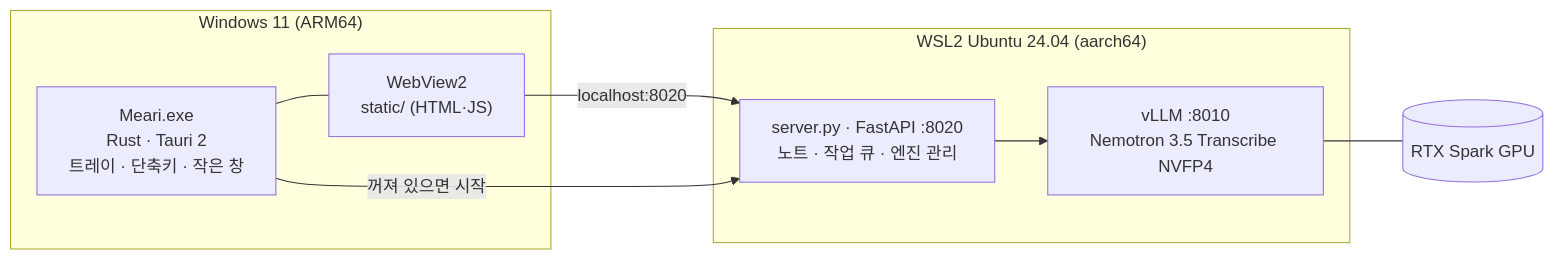
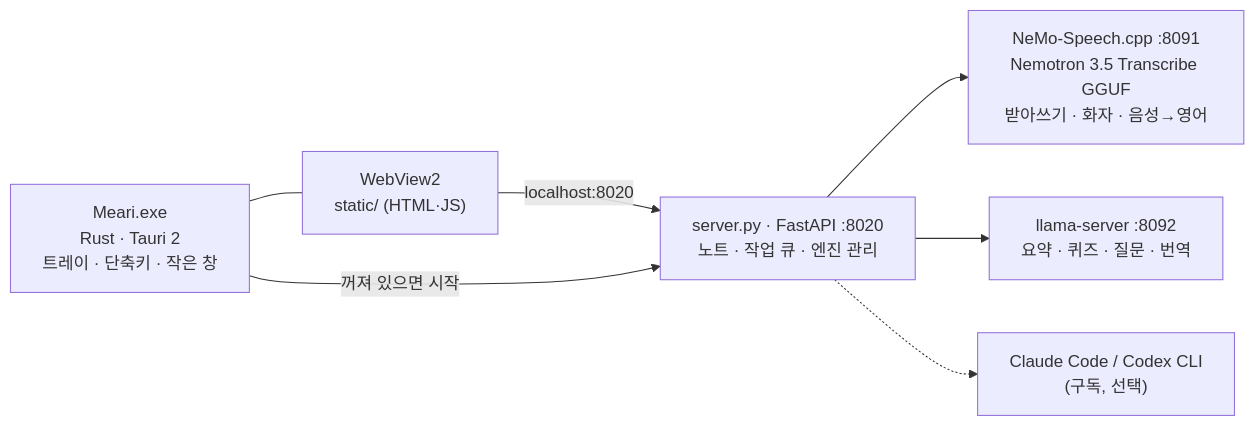
Before and after one commit to ajh1004ajh00/meari: the diagram in README.md, drawn with Mermaid. The commit also changed other lines of this file and 14 other files, not shown here.

First line of the commit message:
Run natively on Windows (no WSL); choose the summary engine

````diff
--- a/README.md
+++ b/README.md
@@ -88,16 +91,15 @@
 ```mermaid
 flowchart LR
-  subgraph Windows["Windows 11 (ARM64)"]
-    APP["Meari.exe<br/>Rust · Tauri 2<br/>트레이 · 단축키 · 작은 창"]
-    WV["WebView2<br/>static/ (HTML·JS)"]
-    APP --- WV
-  end
-  subgraph WSL["WSL2 Ubuntu 24.04 (aarch64)"]
-    SRV["server.py · FastAPI :8020<br/>노트 · 작업 큐 · 엔진 관리"]
-    ENG["vLLM :8010<br/>Nemotron 3.5 Transcribe NVFP4"]
-    SRV --> ENG
-  end
+  APP["Meari.exe<br/>Rust · Tauri 2<br/>트레이 · 단축키 · 작은 창"]
+  WV["WebView2<br/>static/ (HTML·JS)"]
+  SRV["server.py · FastAPI :8020<br/>노트 · 작업 큐 · 엔진 관리"]
+  ASR["NeMo-Speech.cpp :8091<br/>Nemotron 3.5 Transcribe GGUF<br/>받아쓰기 · 화자 · 음성→영어"]
+  LLM["llama-server :8092<br/>요약 · 퀴즈 · 질문 · 번역"]
+  CLI["Claude Code / Codex CLI<br/>(구독, 선택)"]
+  APP --- WV
   WV -->|localhost:8020| SRV
   APP -->|꺼져 있으면 시작| SRV
-  ENG --- GPU[("RTX Spark GPU")]
+  SRV --> ASR
+  SRV --> LLM
+  SRV -.-> CLI
 ```
````
